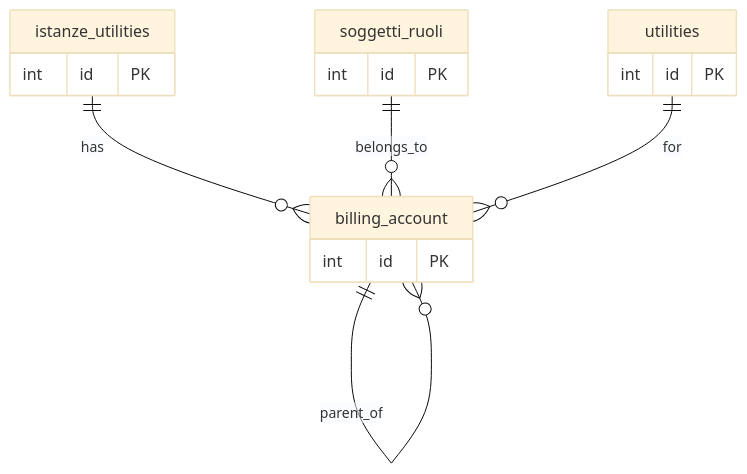
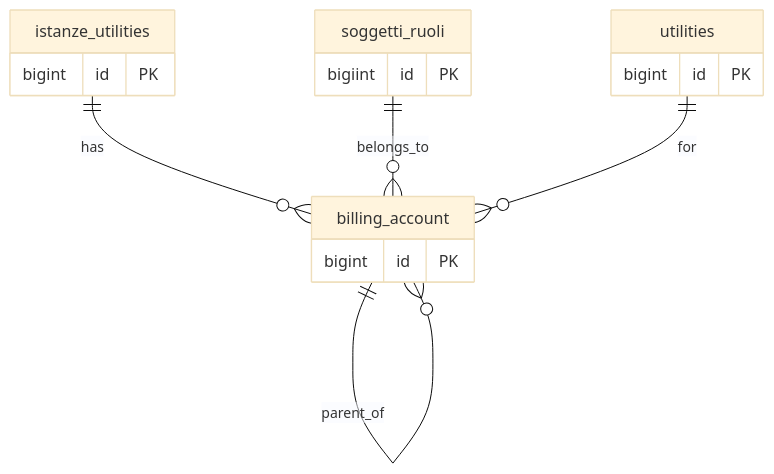
The diagram in docs/it/dbzero/anagrafiche/manual/billing_account.md (Tito-it/ZeroErp), drawn with Mermaid (base theme) before and after one commit. The commit also changed other lines of this file and 33 other files, not shown here.

````diff
--- a/docs/it/dbzero/anagrafiche/manual/billing_account.md
+++ b/docs/it/dbzero/anagrafiche/manual/billing_account.md
@@ -136,13 +136,13 @@
 ```mermaid
 %%{init: {'er': {'layoutDirection': 'TB'}}}%%
 erDiagram
     istanze_utilities ||--o{ billing_account : has
     soggetti_ruoli    ||--o{ billing_account : belongs_to
     utilities         ||--o{ billing_account : for
     billing_account   ||--o{ billing_account : parent_of
 
-    istanze_utilities { int id PK }
-    soggetti_ruoli    { int id PK }
-    utilities         { int id PK }
-    billing_account   { int id PK }
+    istanze_utilities { bigint id PK }
+    soggetti_ruoli    { bigiint id PK }
+    utilities         { bigint id PK }
+    billing_account   { bigint id PK }
 ```
````
